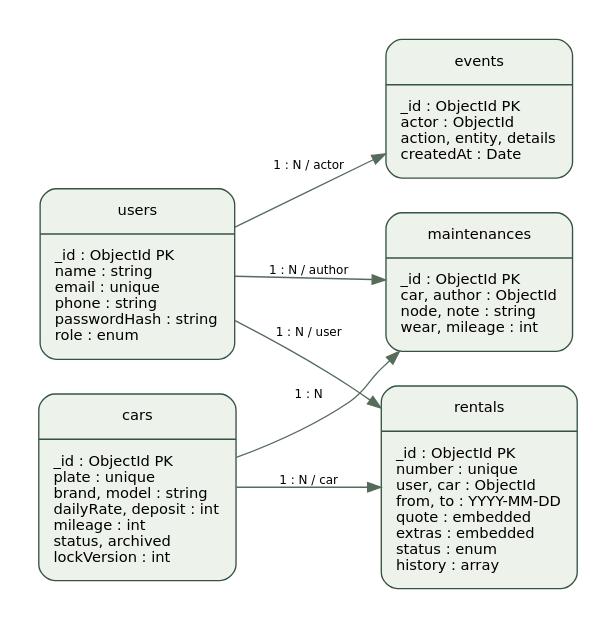
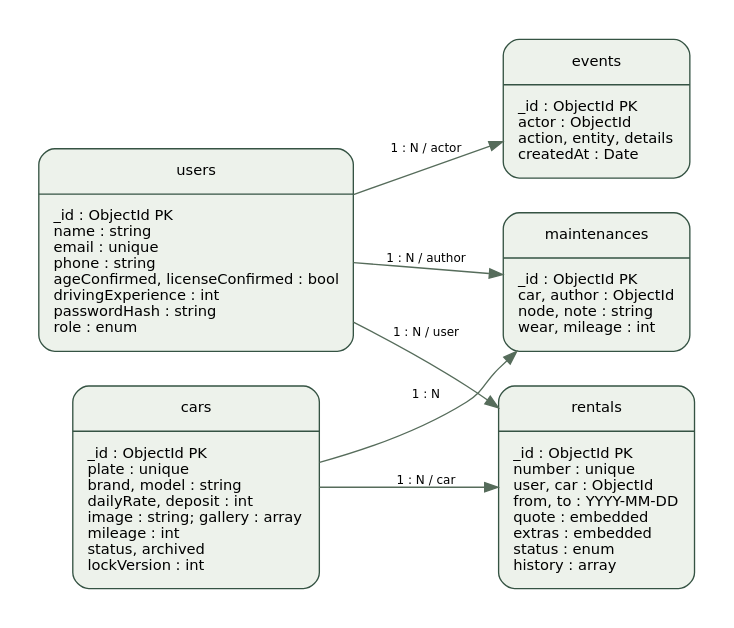
One commit to alexander2007B/cursovaya changed the diagram in docs/diagrams/er.dot. Above: the diagram before and after it, drawn with Graphviz. The commit also changed 43 other files, not shown here.

```diff
--- a/docs/diagrams/er.dot
+++ b/docs/diagrams/er.dot
@@ -1,1 +1,1 @@
-digraph G {graph [fontname="DejaVu Sans",bgcolor="white",pad="0.3",ranksep="0.65",nodesep="0.35"]; node [fontname="DejaVu Sans",fontsize=11,shape=box,style="rounded,filled",fillcolor="#edf2eb",color="#355343",margin="0.15"]; edge [fontname="DejaVu Sans",fontsize=9,color="#566c5b"];rankdir=LR; node[shape=record]; users[label="users|_id : ObjectId PK\lname : string\lemail : unique\lphone : string\lpasswordHash : string\lrole : enum\l"]; cars[label="cars|_id : ObjectId PK\lplate : unique\lbrand, model : string\ldailyRate, deposit : int\lmileage : int\lstatus, archived\llockVersion : int\l"]; rentals[label="rentals|_id : ObjectId PK\lnumber : unique\luser, car : ObjectId\lfrom, to : YYYY-MM-DD\lquote : embedded\lextras : embedded\lstatus : enum\lhistory : array\l"]; maintenance[label="maintenances|_id : ObjectId PK\lcar, author : ObjectId\lnode, note : string\lwear, mileage : int\l"]; events[label="events|_id : ObjectId PK\lactor : ObjectId\laction, entity, details\lcreatedAt : Date\l"]; users->rentals[label="1 : N / user"]; cars->rentals[label="1 : N / car"]; cars->maintenance[label="1 : N"];users->maintenance[label="1 : N / author"];users->events[label="1 : N / actor"];}
+digraph G {graph [fontname="DejaVu Sans",bgcolor="white",pad="0.3",ranksep="0.65",nodesep="0.35"]; node [fontname="DejaVu Sans",fontsize=11,shape=box,style="rounded,filled",fillcolor="#edf2eb",color="#355343",margin="0.15"]; edge [fontname="DejaVu Sans",fontsize=9,color="#566c5b"];rankdir=LR; node[shape=record]; users[label="users|_id : ObjectId PK\lname : string\lemail : unique\lphone : string\lageConfirmed, licenseConfirmed : bool\ldrivingExperience : int\lpasswordHash : string\lrole : enum\l"]; cars[label="cars|_id : ObjectId PK\lplate : unique\lbrand, model : string\ldailyRate, deposit : int\limage : string; gallery : array\lmileage : int\lstatus, archived\llockVersion : int\l"]; rentals[label="rentals|_id : ObjectId PK\lnumber : unique\luser, car : ObjectId\lfrom, to : YYYY-MM-DD\lquote : embedded\lextras : embedded\lstatus : enum\lhistory : array\l"]; maintenance[label="maintenances|_id : ObjectId PK\lcar, author : ObjectId\lnode, note : string\lwear, mileage : int\l"]; events[label="events|_id : ObjectId PK\lactor : ObjectId\laction, entity, details\lcreatedAt : Date\l"]; users->rentals[label="1 : N / user"]; cars->rentals[label="1 : N / car"]; cars->maintenance[label="1 : N"];users->maintenance[label="1 : N / author"];users->events[label="1 : N / actor"];}
```
